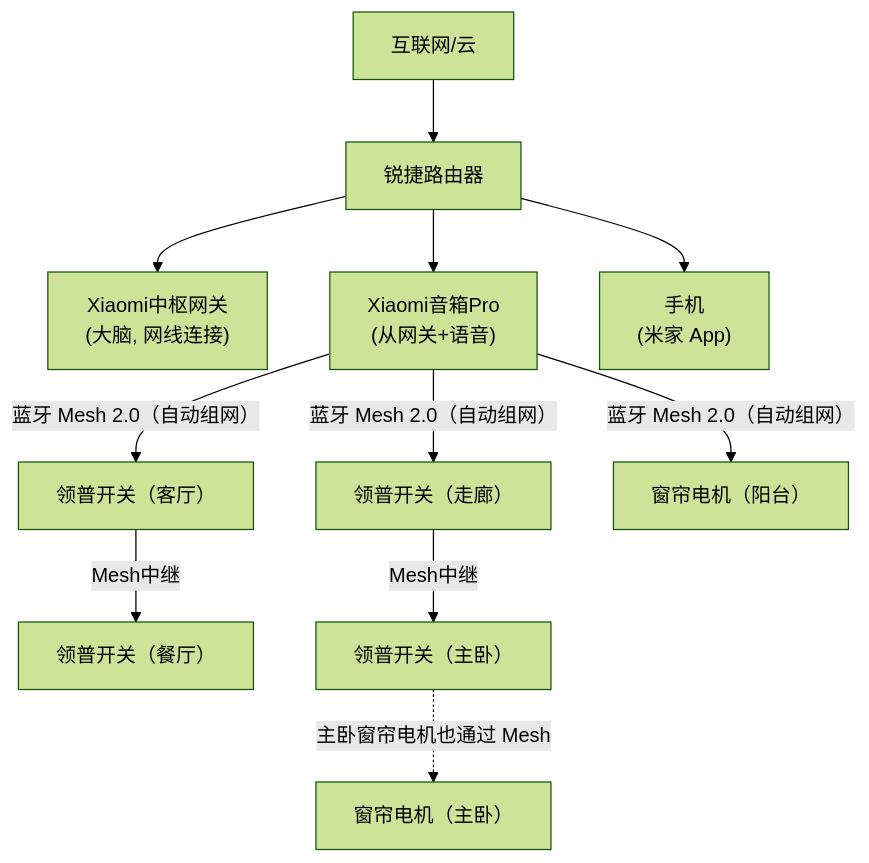
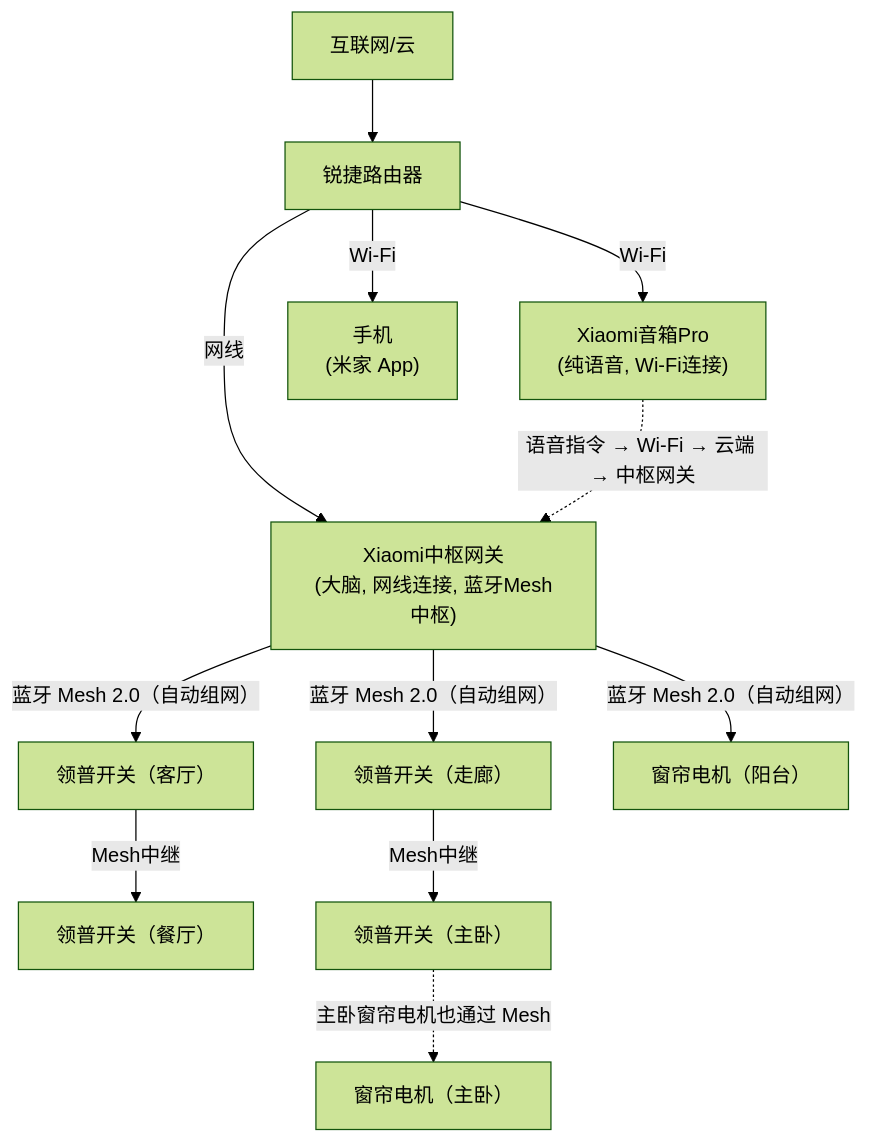
The first of 4 diagrams in docs/01-architecture.md (csh1314/home-smart), drawn with Mermaid (forest theme) before and after one commit. The commit also changed other lines of this file and 1 other file, not shown here.

````diff
--- a/docs/01-architecture.md
+++ b/docs/01-architecture.md
@@ -9,22 +9,24 @@
 ```mermaid
 graph TD
     Internet["互联网/云"]
     Router["锐捷路由器"]
-    Hub["Xiaomi中枢网关<br/>(大脑, 网线连接)"]
-    Speaker["Xiaomi音箱Pro<br/>(从网关+语音)"]
+    Hub["Xiaomi中枢网关<br/>(大脑, 网线连接, 蓝牙Mesh中枢)"]
+    Speaker["Xiaomi音箱Pro<br/>(纯语音, Wi-Fi连接)"]
     Phone["手机<br/>(米家 App)"]
 
     Internet --> Router
-    Router --> Hub
-    Router --> Speaker
-    Router --> Phone
+    Router -->|"网线"| Hub
+    Router -->|"Wi-Fi"| Speaker
+    Router -->|"Wi-Fi"| Phone
 
-    Speaker -- "蓝牙 Mesh 2.0（自动组网）" --> SW_LR["领普开关（客厅）"]
-    Speaker -- "蓝牙 Mesh 2.0（自动组网）" --> SW_HL["领普开关（走廊）"]
-    Speaker -- "蓝牙 Mesh 2.0（自动组网）" --> Curtain["窗帘电机（阳台）"]
+    Hub -- "蓝牙 Mesh 2.0（自动组网）" --> SW_LR["领普开关（客厅）"]
+    Hub -- "蓝牙 Mesh 2.0（自动组网）" --> SW_HL["领普开关（走廊）"]
+    Hub -- "蓝牙 Mesh 2.0（自动组网）" --> Curtain["窗帘电机（阳台）"]
 
     SW_LR -- "Mesh中继" --> SW_DR["领普开关（餐厅）"]
     SW_HL -- "Mesh中继" --> SW_MBR["领普开关（主卧）"]
 
     SW_MBR -. "主卧窗帘电机也通过 Mesh" .-> CurtainMBR["窗帘电机（主卧）"]
+
+    Speaker -. "语音指令 → Wi-Fi → 云端 → 中枢网关" .-> Hub
 ```
````
